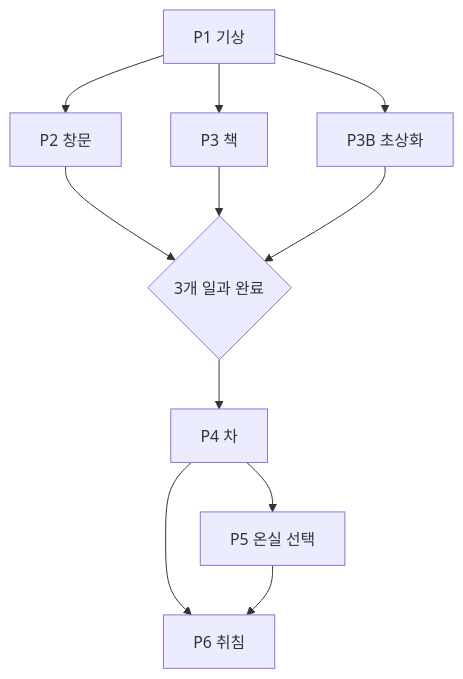
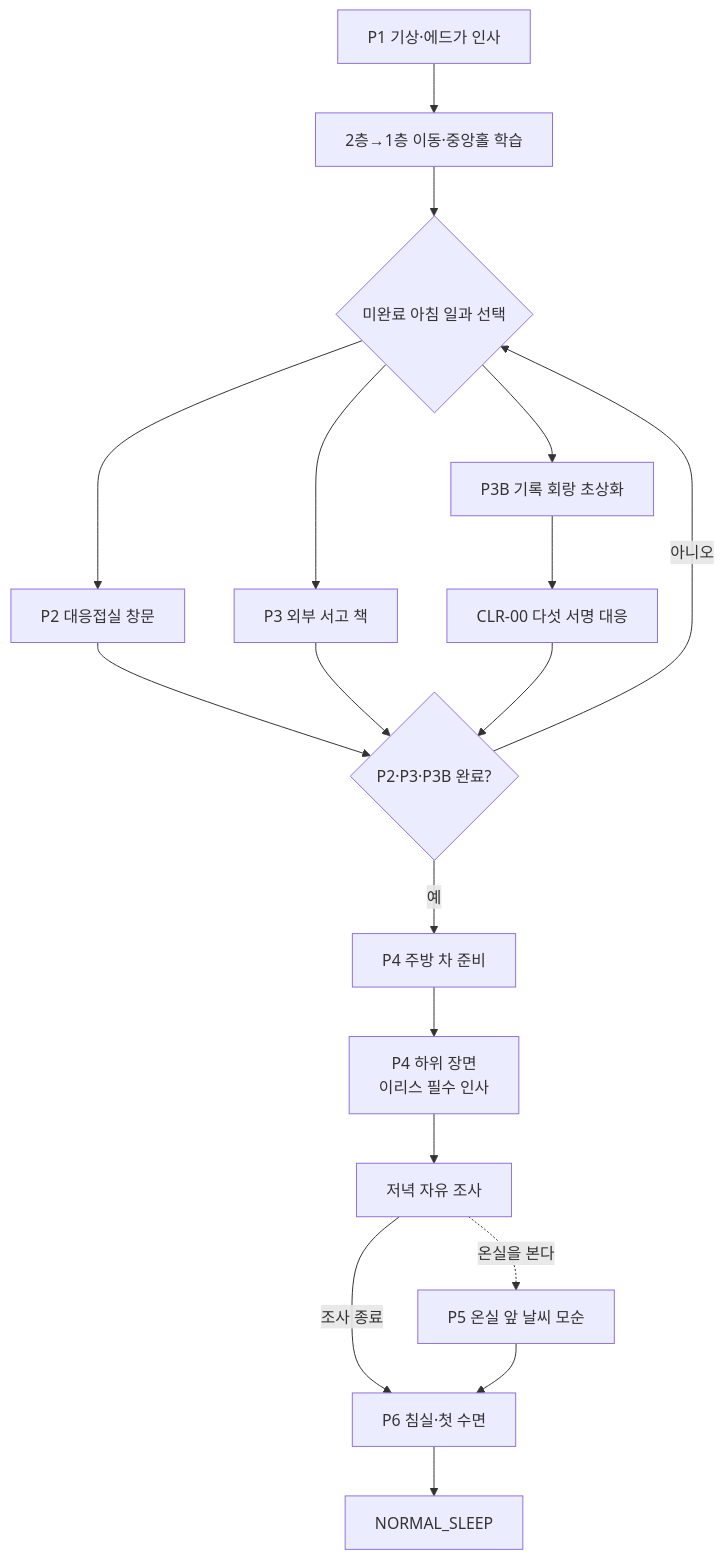
Before and after one commit to devb-eru/ggb: the diagram in ideas/md/v04/06_이벤트상세_01_튜토리얼_일상.md, drawn with Mermaid. The commit also changed other lines of this file, not shown here.

````diff
--- a/ideas/md/v04/06_이벤트상세_01_튜토리얼_일상.md
+++ b/ideas/md/v04/06_이벤트상세_01_튜토리얼_일상.md
@@ -5,13 +85,20 @@
 ```mermaid
 flowchart TB
-    P1["P1 기상"] --> P2["P2 창문"]
-    P1 --> P3["P3 책"]
-    P1 --> P3B["P3B 초상화"]
-    P2 --> G{"3개 일과 완료"}
-    P3 --> G
-    P3B --> G
-    G --> P4["P4 차"]
-    P4 --> P5["P5 온실 선택"]
-    P4 --> P6["P6 취침"]
+    P1["P1 기상·에드가 인사"] --> HALL["2층→1층 이동·중앙홀 학습"]
+    HALL --> TASKS{"미완료 아침 일과 선택"}
+    TASKS --> P2["P2 대응접실 창문"]
+    TASKS --> P3["P3 외부 서고 책"]
+    TASKS --> P3B["P3B 기록 회랑 초상화"]
+    P2 --> GATE{"P2·P3·P3B 완료?"}
+    P3 --> GATE
+    P3B --> CLR00["CLR-00 다섯 서명 대응"]
+    CLR00 --> GATE
+    GATE -- "아니오" --> TASKS
+    GATE -- "예" --> P4["P4 주방 차 준비"]
+    P4 --> IRIS_HELLO["P4 하위 장면<br/>이리스 필수 인사"]
+    IRIS_HELLO --> FREE["저녁 자유 조사"]
+    FREE -. "온실을 본다" .-> P5["P5 온실 앞 날씨 모순"]
+    FREE -- "조사 종료" --> P6["P6 침실·첫 수면"]
     P5 --> P6
+    P6 --> NORMAL_SLEEP["NORMAL_SLEEP"]
 ```
````
